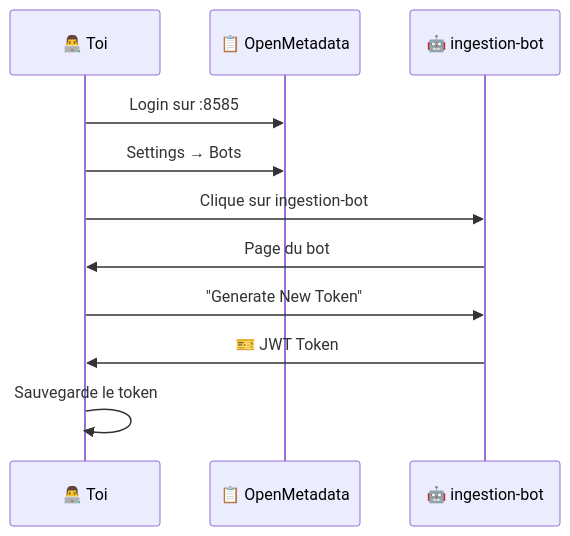
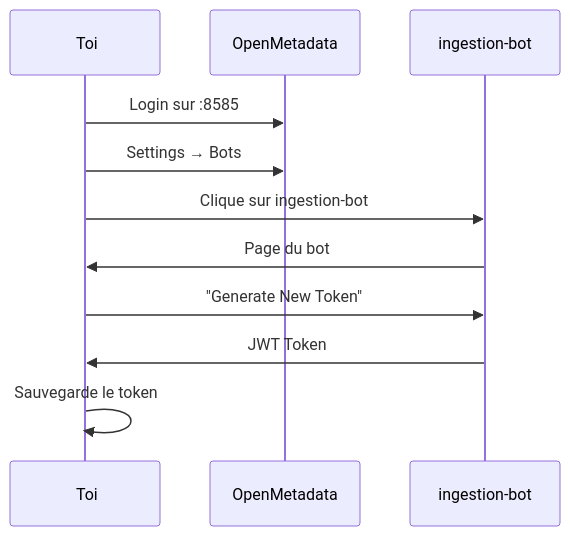
One commit to Monsau/sparklineage changed the first of 4 diagrams in README.md. Above: the diagram before and after it, drawn with Mermaid. The commit also changed other lines of this file and 4 other files, not shown here.

````diff
--- a/README.md
+++ b/README.md
@@ -125,14 +125,14 @@
 ```mermaid
 sequenceDiagram
-    participant Dev as 👨‍💻 Toi
-    participant OM as 📋 OpenMetadata
-    participant Bot as 🤖 ingestion-bot
+    participant Dev as ‍ Toi
+    participant OM as  OpenMetadata
+    participant Bot as  ingestion-bot
     
     Dev->>OM: Login sur :8585
     Dev->>OM: Settings → Bots
     Dev->>Bot: Clique sur ingestion-bot
     Bot->>Dev: Page du bot
     Dev->>Bot: "Generate New Token"
-    Bot->>Dev: 🎫 JWT Token
+    Bot->>Dev:  JWT Token
     Dev->>Dev: Sauvegarde le token
 ```
````
